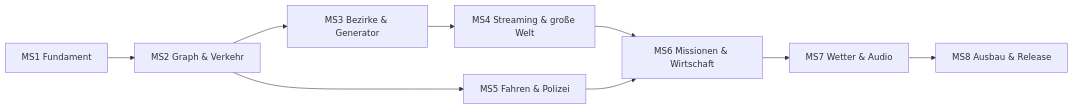
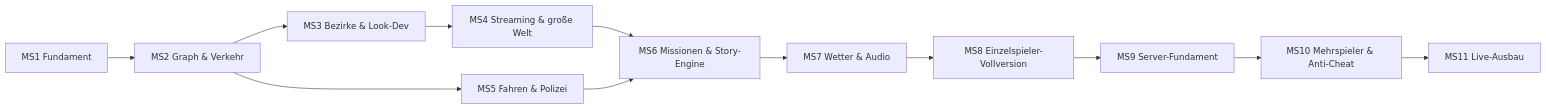
One commit to Martin-Mue/UnrealEngineGameMTA changed the third of 3 diagrams in docs/WELTKONZEPT.md. Above: the diagram before and after it, drawn with Mermaid. The commit also changed other lines of this file and 6 other files, not shown here.

````diff
--- a/docs/WELTKONZEPT.md
+++ b/docs/WELTKONZEPT.md
@@ -515,11 +914,14 @@
 ```mermaid
 flowchart LR
   M1["MS1 Fundament"] --> M2["MS2 Graph & Verkehr"]
-  M2 --> M3["MS3 Bezirke & Generator"]
+  M2 --> M3["MS3 Bezirke & Look-Dev"]
   M3 --> M4["MS4 Streaming & große Welt"]
   M2 --> M5["MS5 Fahren & Polizei"]
-  M4 --> M6["MS6 Missionen & Wirtschaft"]
+  M4 --> M6["MS6 Missionen & Story-Engine"]
   M5 --> M6
   M6 --> M7["MS7 Wetter & Audio"]
-  M7 --> M8["MS8 Ausbau & Release"]
+  M7 --> M8["MS8 Einzelspieler-Vollversion"]
+  M8 --> M9["MS9 Server-Fundament"]
+  M9 --> M10["MS10 Mehrspieler & Anti-Cheat"]
+  M10 --> M11["MS11 Live-Ausbau"]
 ```
````
